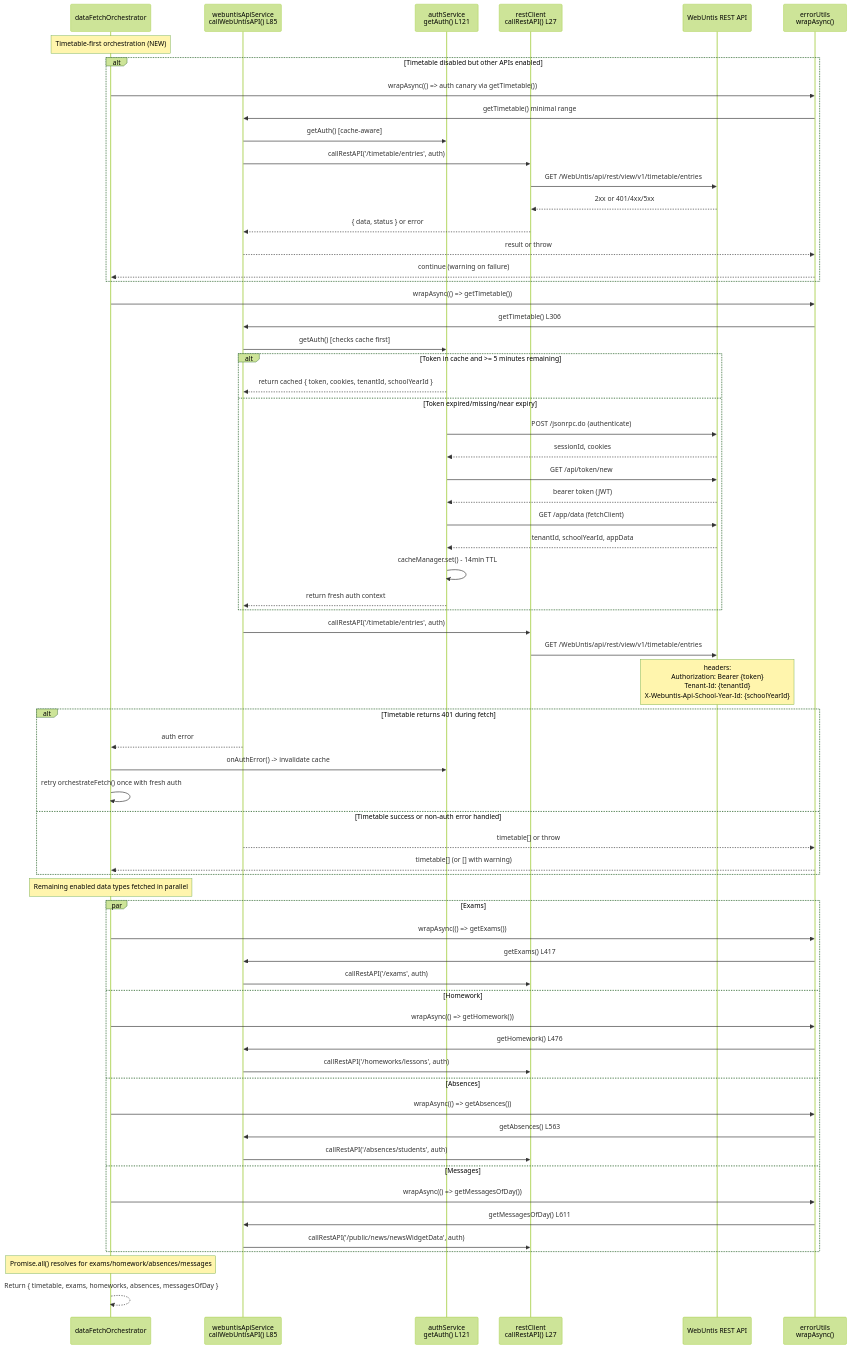
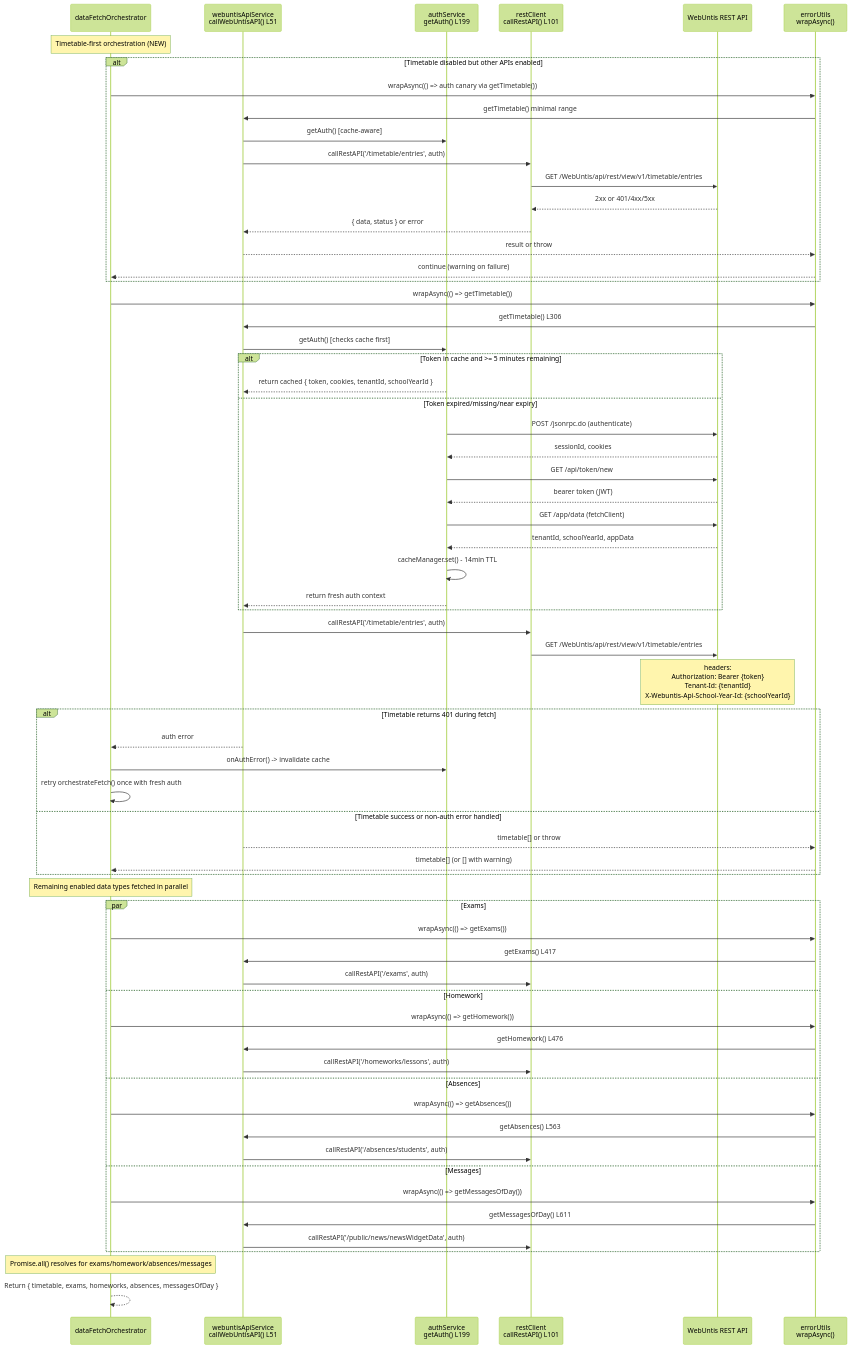
The sixth of 13 diagrams in docs/ARCHITECTURE.md (HeikoGr/MMM-Webuntis), drawn with Mermaid (forest theme) before and after one commit. The commit also changed other lines of this file, not shown here.

Commit message:
refactor: update architecture documentation to reflect changes in function line numbers and service orchestration

````diff
--- a/docs/ARCHITECTURE.md
+++ b/docs/ARCHITECTURE.md
@@ -587,75 +585,75 @@
 ```mermaid
 sequenceDiagram
     participant Orch as dataFetchOrchestrator
-    participant API as webuntisApiService<br/>callWebUntisAPI() L85
-    participant Auth as authService<br/>getAuth() L121
-    participant RC as restClient<br/>callRestAPI() L27
+    participant API as webuntisApiService<br/>callWebUntisAPI() L51
+    participant Auth as authService<br/>getAuth() L199
+    participant RC as restClient<br/>callRestAPI() L101
     participant REST as WebUntis REST API
     participant ErrUtils as errorUtils<br/>wrapAsync()
 
     Note over Orch: Timetable-first orchestration (NEW)
 
     alt Timetable disabled but other APIs enabled
         Orch->>ErrUtils: wrapAsync(() => auth canary via getTimetable())
         ErrUtils->>API: getTimetable() minimal range
         API->>Auth: getAuth() [cache-aware]
         API->>RC: callRestAPI('/timetable/entries', auth)
         RC->>REST: GET /WebUntis/api/rest/view/v1/timetable/entries
         REST-->>RC: 2xx or 401/4xx/5xx
         RC-->>API: { data, status } or error
         API-->>ErrUtils: result or throw
         ErrUtils-->>Orch: continue (warning on failure)
     end
 
     Orch->>ErrUtils: wrapAsync(() => getTimetable())
     ErrUtils->>API: getTimetable() L306
     API->>Auth: getAuth() [checks cache first]
 
     alt Token in cache and >= 5 minutes remaining
         Auth-->>API: return cached { token, cookies, tenantId, schoolYearId }
     else Token expired/missing/near expiry
         Auth->>REST: POST /jsonrpc.do (authenticate)
         REST-->>Auth: sessionId, cookies
         Auth->>REST: GET /api/token/new
         REST-->>Auth: bearer token (JWT)
         Auth->>REST: GET /app/data (fetchClient)
         REST-->>Auth: tenantId, schoolYearId, appData
         Auth->>Auth: cacheManager.set() - 14min TTL
         Auth-->>API: return fresh auth context
     end
 
     API->>RC: callRestAPI('/timetable/entries', auth)
     RC->>REST: GET /WebUntis/api/rest/view/v1/timetable/entries
     Note over REST: headers:<br/>Authorization: Bearer {token}<br/>Tenant-Id: {tenantId}<br/>X-Webuntis-Api-School-Year-Id: {schoolYearId}
 
     alt Timetable returns 401 during fetch
         API-->>Orch: auth error
         Orch->>Auth: onAuthError() -> invalidate cache
         Orch->>Orch: retry orchestrateFetch() once with fresh auth
     else Timetable success or non-auth error handled
         API-->>ErrUtils: timetable[] or throw
         ErrUtils-->>Orch: timetable[] (or [] with warning)
     end
 
     Note over Orch: Remaining enabled data types fetched in parallel
     par Exams
         Orch->>ErrUtils: wrapAsync(() => getExams())
         ErrUtils->>API: getExams() L417
         API->>RC: callRestAPI('/exams', auth)
     and Homework
         Orch->>ErrUtils: wrapAsync(() => getHomework())
         ErrUtils->>API: getHomework() L476
         API->>RC: callRestAPI('/homeworks/lessons', auth)
     and Absences
         Orch->>ErrUtils: wrapAsync(() => getAbsences())
         ErrUtils->>API: getAbsences() L563
         API->>RC: callRestAPI('/absences/students', auth)
     and Messages
         Orch->>ErrUtils: wrapAsync(() => getMessagesOfDay())
         ErrUtils->>API: getMessagesOfDay() L611
         API->>RC: callRestAPI('/public/news/newsWidgetData', auth)
     end
 
     Note over Orch: Promise.all() resolves for exams/homework/absences/messages
     Orch-->>Orch: Return { timetable, exams, homeworks, absences, messagesOfDay }
 ```
````
